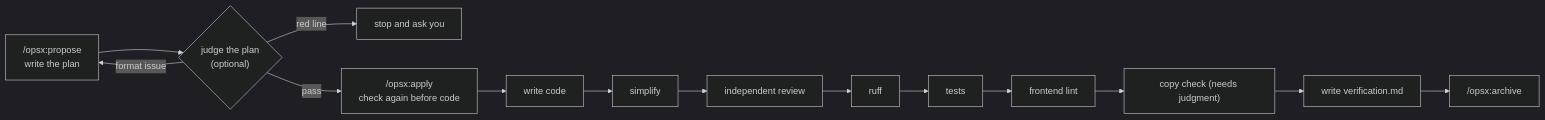
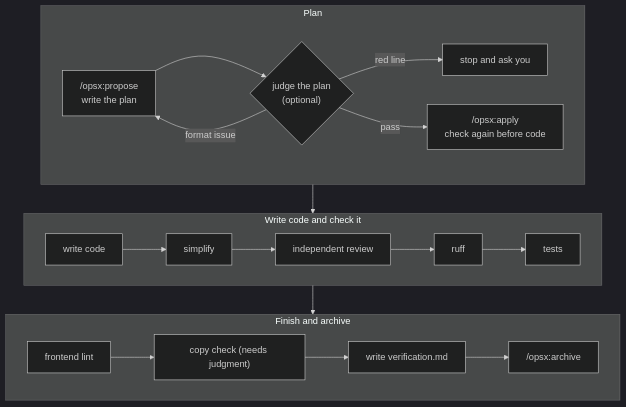
One commit to rulemason/rulemason changed the diagram in README.en.md. Above: the diagram before and after it, drawn with Mermaid (dark theme). The commit also changed other lines of this file and 2 other files, not shown here.

Commit message:
docs(readme): 顶部加上社交预览横幅，流程图改成三行
横幅用仓库已设置的 GitHub social preview。怎么工作的流程图按方案、写代码、收尾分成三行，步骤和分支不变。

````diff
--- a/README.en.md
+++ b/README.en.md
@@ -84,16 +88,19 @@
 ```mermaid
-flowchart LR
-  A["/opsx:propose<br/>write the plan"] --> B{"judge the plan<br/>(optional)"}
-  B -- format issue --> A
-  B -- red line --> U["stop and ask you"]
-  B -- pass --> C["/opsx:apply<br/>check again before code"]
-  C --> D["write code"]
-  D --> E["simplify"]
-  E --> F["independent review"]
-  F --> G["ruff"]
-  G --> H["tests"]
-  H --> I["frontend lint"]
-  I --> J["copy check (needs judgment)"]
-  J --> K["write verification.md"]
-  K --> L["/opsx:archive"]
+flowchart TB
+  subgraph plan["Plan"]
+    direction LR
+    A["/opsx:propose<br/>write the plan"] --> B{"judge the plan<br/>(optional)"}
+    B -- format issue --> A
+    B -- red line --> U["stop and ask you"]
+    B -- pass --> C["/opsx:apply<br/>check again before code"]
+  end
+  subgraph build["Write code and check it"]
+    direction LR
+    D["write code"] --> E["simplify"] --> F["independent review"] --> G["ruff"] --> H["tests"]
+  end
+  subgraph finish["Finish and archive"]
+    direction LR
+    I["frontend lint"] --> J["copy check (needs judgment)"] --> K["write verification.md"] --> L["/opsx:archive"]
+  end
+  plan --> build --> finish
 ```
````
